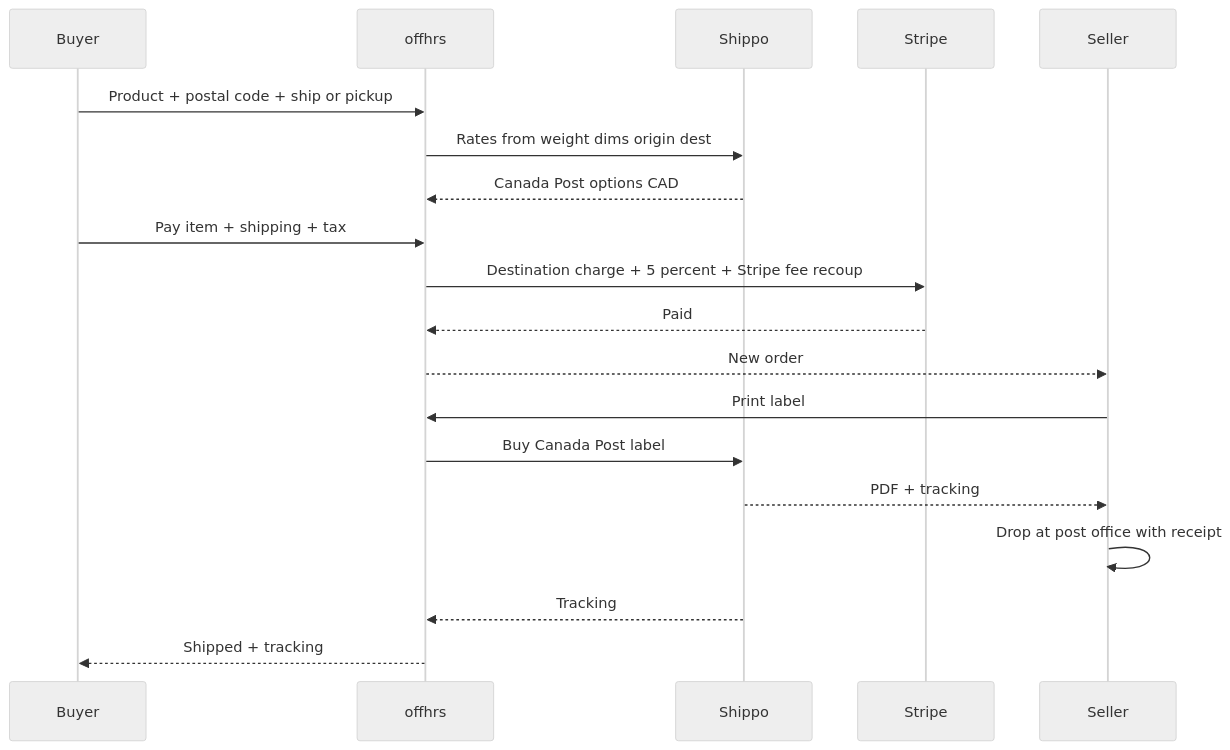
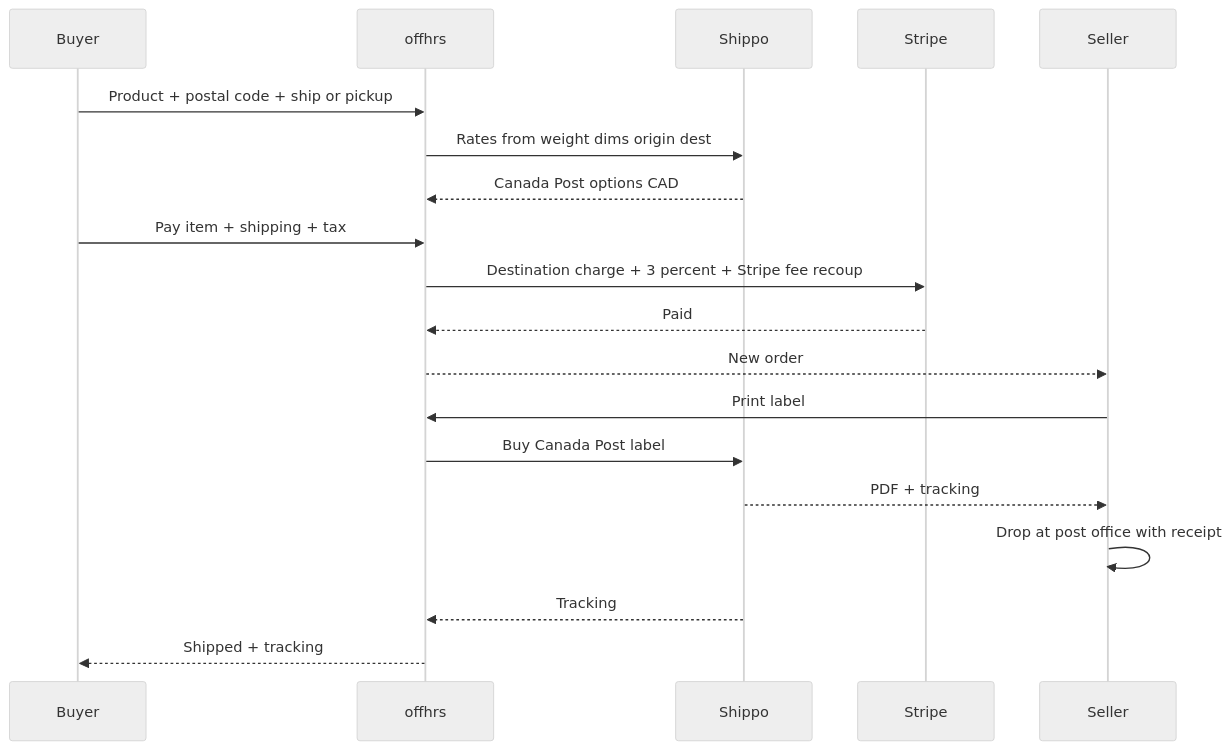
The second of 2 diagrams in docs/ARTIST_SHOP_MARKETPLACE_PLAN.md (offhrs-to/offhrs-v2), drawn with Mermaid (neutral theme) before and after one commit. The commit also changed other lines of this file and 18 other files, not shown here.

````diff
--- a/docs/ARTIST_SHOP_MARKETPLACE_PLAN.md
+++ b/docs/ARTIST_SHOP_MARKETPLACE_PLAN.md
@@ -91,22 +91,22 @@
 ```mermaid
 sequenceDiagram
   participant Buyer
   participant App as offhrs
   participant Shippo
   participant Stripe
   participant Seller
 
   Buyer->>App: Product + postal code + ship or pickup
   App->>Shippo: Rates from weight dims origin dest
   Shippo-->>App: Canada Post options CAD
   Buyer->>App: Pay item + shipping + tax
-  App->>Stripe: Destination charge + 5 percent + Stripe fee recoup
+  App->>Stripe: Destination charge + 3 percent + Stripe fee recoup
   Stripe-->>App: Paid
   App-->>Seller: New order
   Seller->>App: Print label
   App->>Shippo: Buy Canada Post label
   Shippo-->>Seller: PDF + tracking
   Seller->>Seller: Drop at post office with receipt
   Shippo-->>App: Tracking
   App-->>Buyer: Shipped + tracking
 ```
````
